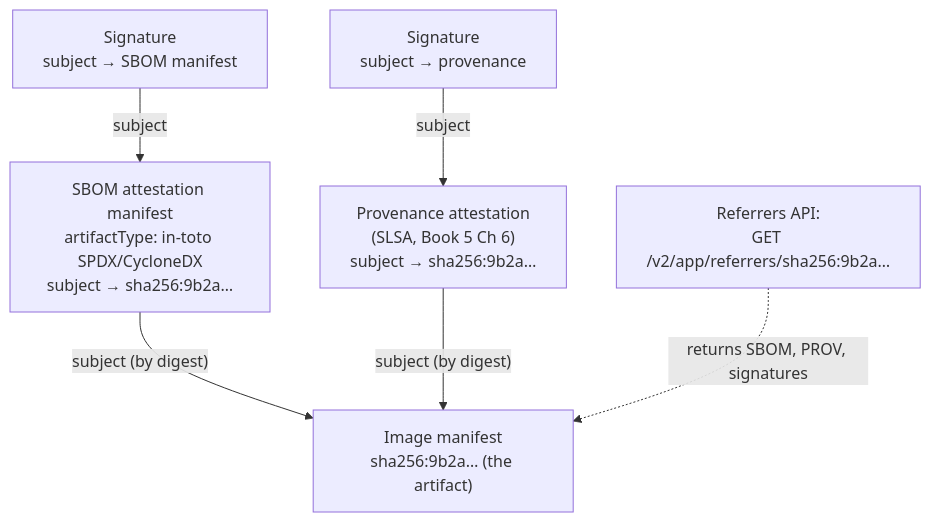
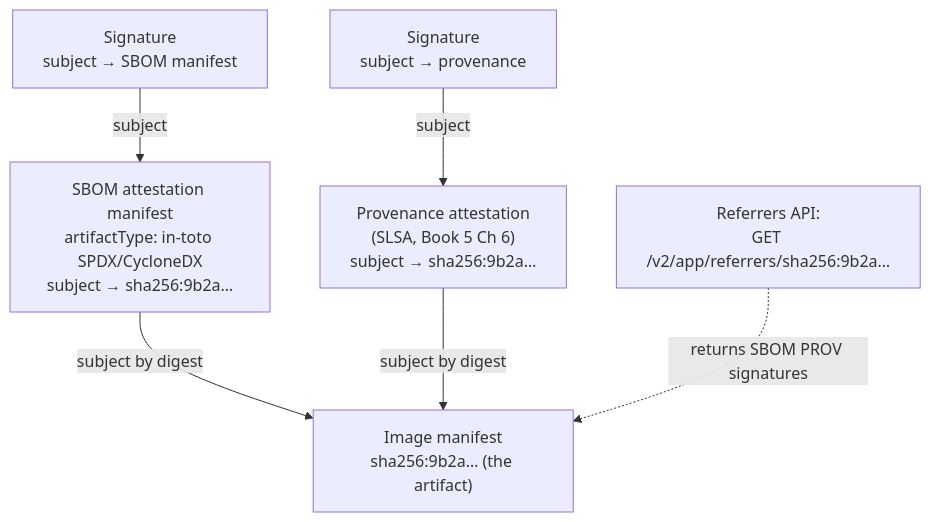
One commit to bumbsclaw/textbooks changed the first of 6 diagrams in book-03-sboms/ch05-sbom-at-scale.md. Above: the diagram before and after it, drawn with Mermaid. The commit also changed other lines of this file and 173 other files, not shown here.

First line of the commit message:
fix(mermaid): close note brackets, semicolons in Notes, stateDiagram br -> dash, edge parens

````diff
--- a/book-03-sboms/ch05-sbom-at-scale.md
+++ b/book-03-sboms/ch05-sbom-at-scale.md
@@ -152,15 +152,15 @@
 ```mermaid
 flowchart TD
     IMG["Image manifest<br/>sha256:9b2a… (the artifact)"]
     SBOM["SBOM attestation manifest<br/>artifactType: in-toto SPDX/CycloneDX<br/>subject → sha256:9b2a…"]
     PROV["Provenance attestation<br/>(SLSA, Book 5 Ch 6)<br/>subject → sha256:9b2a…"]
     SIG1["Signature<br/>subject → SBOM manifest"]
     SIG2["Signature<br/>subject → provenance"]
 
-    SBOM -->|"subject (by digest)"| IMG
-    PROV -->|"subject (by digest)"| IMG
+    SBOM -->|"subject by digest "| IMG
+    PROV -->|"subject by digest "| IMG
     SIG1 -->|"subject"| SBOM
     SIG2 -->|"subject"| PROV
 
-    QUERY["Referrers API:<br/>GET /v2/app/referrers/sha256:9b2a…"] -.->|"returns SBOM, PROV, signatures"| IMG
+    QUERY["Referrers API:<br/>GET /v2/app/referrers/sha256:9b2a…"] -.->|"returns SBOM PROV signatures"| IMG
 ```
````
